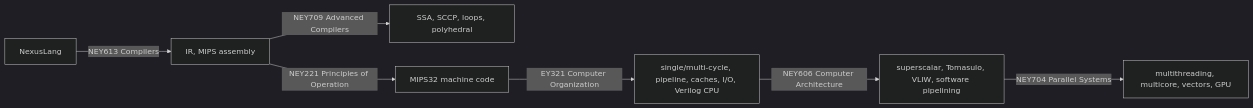
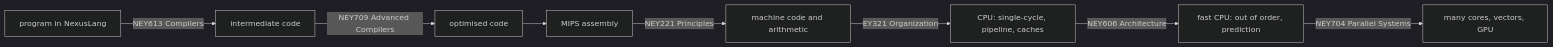
The diagram in README.md (gdtsitlauri/nexus-platform), drawn with Mermaid (dark theme) before and after one commit. The commit also changed other lines of this file and 130 other files, not shown here.

````diff
--- a/README.md
+++ b/README.md
@@ -19,9 +27,10 @@
 ```mermaid
 flowchart LR
-  A[NexusLang] -->|NEY613 Compilers| B[IR, MIPS assembly]
-  B -->|NEY709 Advanced Compilers| C[SSA, SCCP, loops, polyhedral]
-  B -->|NEY221 Principles of Operation| D[MIPS32 machine code]
-  D -->|EY321 Computer Organization| E[single/multi-cycle, pipeline, caches, I/O, Verilog CPU]
-  E -->|NEY606 Computer Architecture| F[superscalar, Tomasulo, VLIW, software pipelining]
-  F -->|NEY704 Parallel Systems| G[multithreading, multicore, vectors, GPU]
+  A[program in NexusLang] -->|NEY613 Compilers| B[intermediate code]
+  B -->|NEY709 Advanced Compilers| C[optimised code]
+  C --> D[MIPS assembly]
+  D -->|NEY221 Principles| E[machine code and arithmetic]
+  E -->|EY321 Organization| F[CPU: single-cycle, pipeline, caches]
+  F -->|NEY606 Architecture| G[fast CPU: out of order, prediction]
+  G -->|NEY704 Parallel Systems| H[many cores, vectors, GPU]
 ```
````
